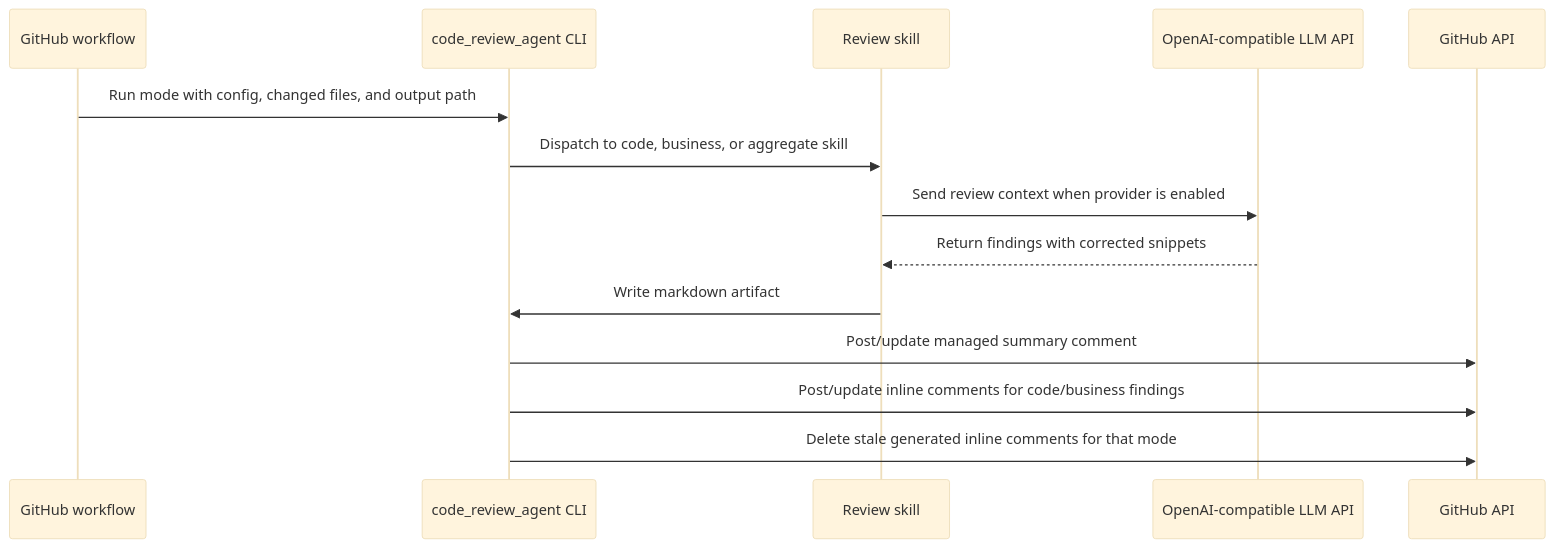
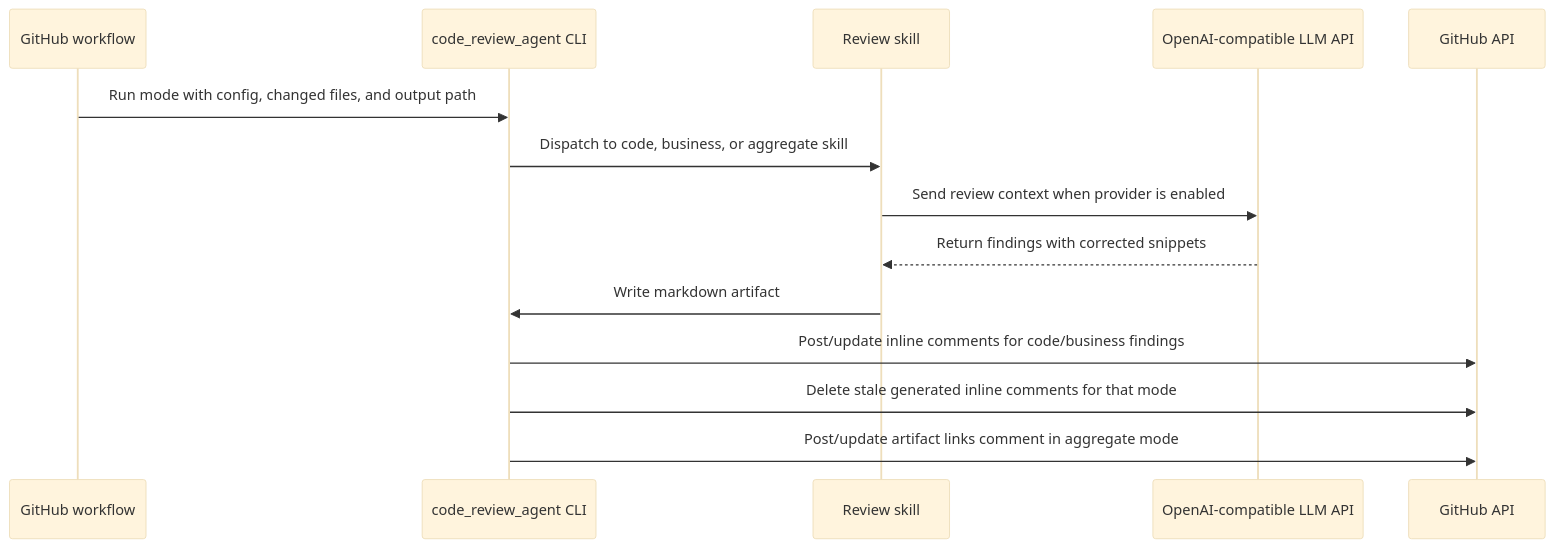
Before and after one commit to laughingkid-sg/code-review-agent: the second of 2 diagrams in README.md, drawn with Mermaid (base theme). The commit also changed other lines of this file and 7 other files, not shown here.

````diff
--- a/README.md
+++ b/README.md
@@ -45,16 +45,16 @@
 ```mermaid
 sequenceDiagram
   participant Workflow as GitHub workflow
   participant CLI as code_review_agent CLI
   participant Skill as Review skill
   participant LLM as OpenAI-compatible LLM API
   participant GH as GitHub API
   Workflow->>CLI: Run mode with config, changed files, and output path
   CLI->>Skill: Dispatch to code, business, or aggregate skill
   Skill->>LLM: Send review context when provider is enabled
   LLM-->>Skill: Return findings with corrected snippets
   Skill->>CLI: Write markdown artifact
-  CLI->>GH: Post/update managed summary comment
   CLI->>GH: Post/update inline comments for code/business findings
   CLI->>GH: Delete stale generated inline comments for that mode
+  CLI->>GH: Post/update artifact links comment in aggregate mode
 ```
````
